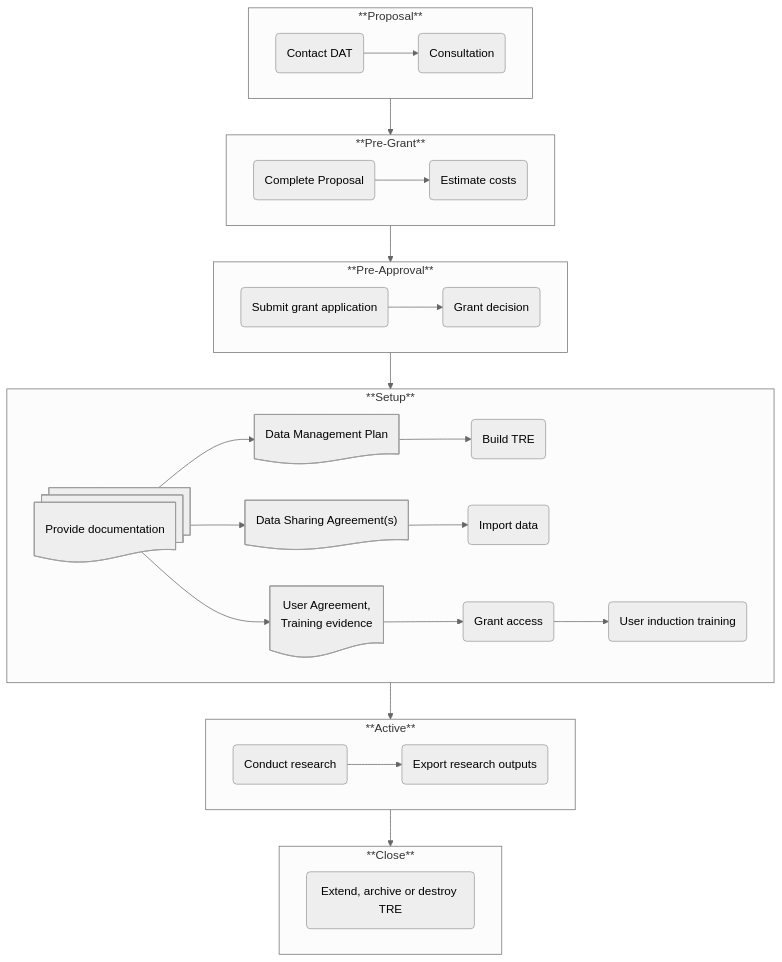
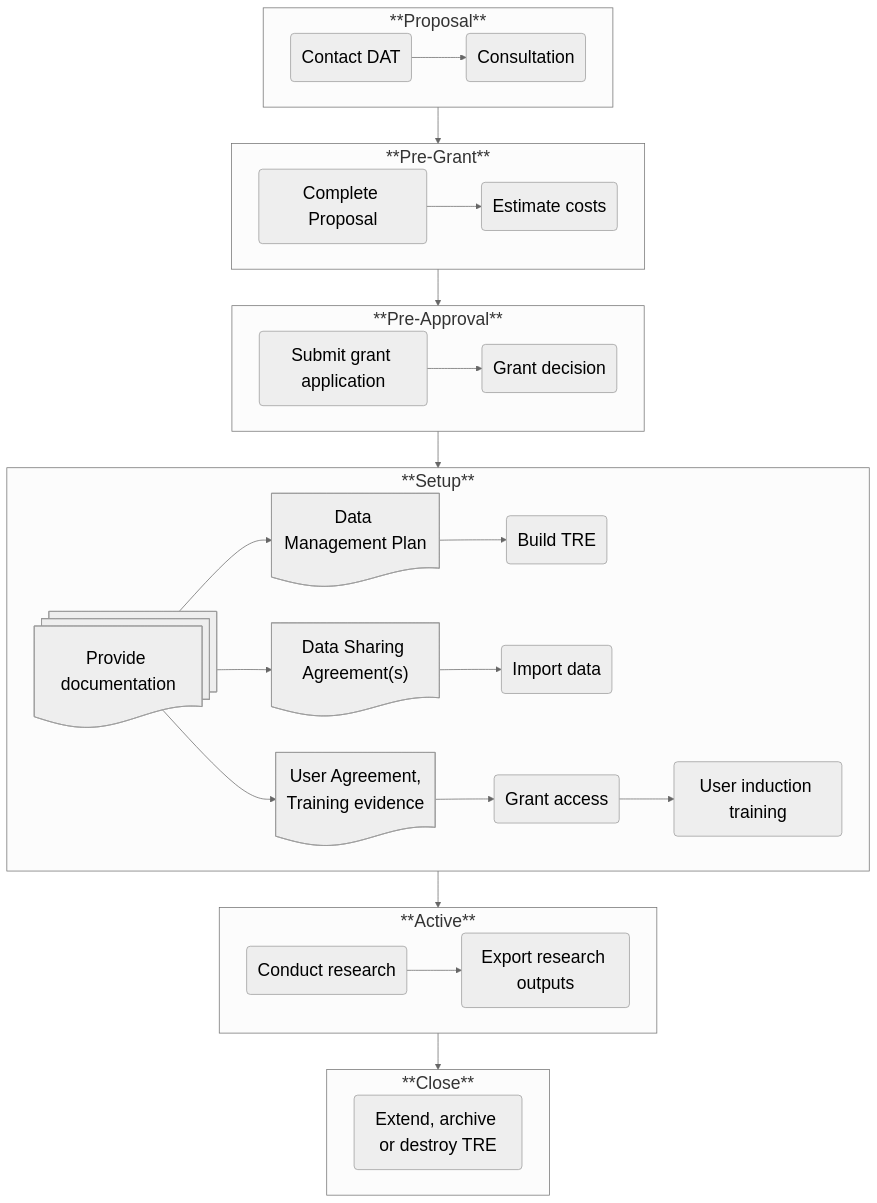
One commit to LIDA-Data-Analytics-Team/laserdocs changed the diagram in docs/lida_services/RMP.md. Above: the diagram before and after it, drawn with Mermaid.

Commit message:
Increased Mermaid Theme fontsize from default 16px to 24px

````diff
--- a/docs/lida_services/RMP.md
+++ b/docs/lida_services/RMP.md
@@ -18,53 +18,55 @@
 ```mermaid
 ---
 config:
   theme: 'neutral'
+  themeVariables:
+    fontSize: 24px
 ---
 flowchart TD
     subgraph Proposal[**Proposal**]
     direction LR
 
     1(Contact DAT) 
         --> 2(Consultation)
     end
 
     subgraph Pre-Grant[**Pre-Grant**]
     direction LR
     3(Complete Proposal) 
         --> 4(Estimate costs)
     end
 
     subgraph Pre-Approval[**Pre-Approval**]
     direction LR
     5(Submit grant application)    
         --> 6(Grant decision)
     end
 
     subgraph Setup[**Setup**]
     direction LR
         7@{ shape: docs, label: "Provide documentation"}
         7a@{ shape: doc, label: "Data Management Plan"}
         7b@{ shape: doc, label: "Data Sharing Agreement(s)"}
         7c@{ shape: doc, label: "User Agreement, <br> Training evidence"}
         8(Build TRE)
         9(Import data)
         10a(Grant access)
         10b(User induction training)
         7 --> 7a --> 8
         7 --> 7b --> 9
         7 --> 7c --> 10a --> 10b
     end
 
     subgraph Active[**Active**]
     direction LR
     11(Conduct research)
         --> 12(Export research outputs)
     end
 
     subgraph Close[**Close**]
     direction LR
     13(Extend, archive or destroy TRE)
     end
 
     Proposal --> Pre-Grant --> Pre-Approval --> Setup --> Active --> Close
 ```
````
